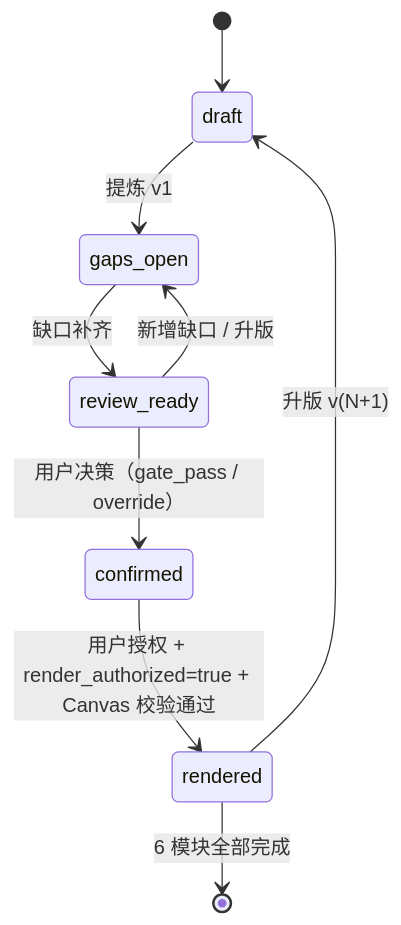
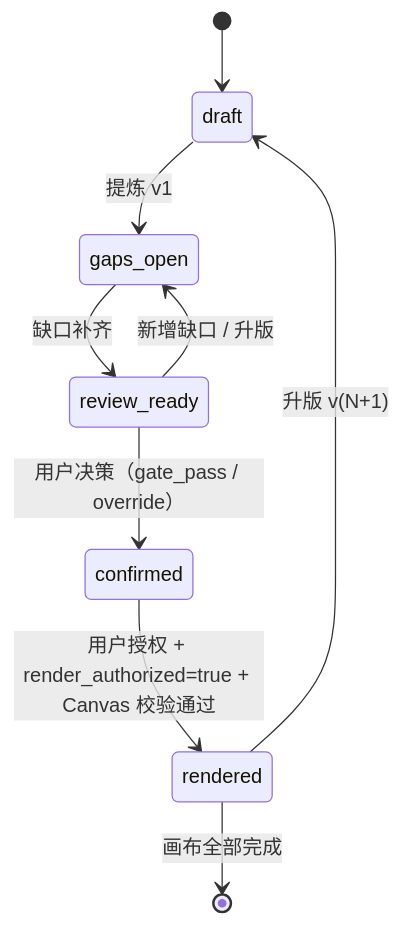
The diagram in DESIGN.md (wanghongbj321-code/pratyaya), drawn with Mermaid before and after one commit. The commit also changed other lines of this file and 9 other files, not shown here.

````diff
--- a/DESIGN.md
+++ b/DESIGN.md
@@ -90,11 +102,11 @@
 ```mermaid
 stateDiagram-v2
     [*] --> draft
     draft --> gaps_open: 提炼 v1
     gaps_open --> review_ready: 缺口补齐
     review_ready --> gaps_open: 新增缺口 / 升版
     review_ready --> confirmed: 用户决策（gate_pass / override）
     confirmed --> rendered: 用户授权 + render_authorized=true + Canvas 校验通过
     rendered --> draft: 升版 v(N+1)
-    rendered --> [*]: 6 模块全部完成
+    rendered --> [*]: 画布全部完成
 ```
````
